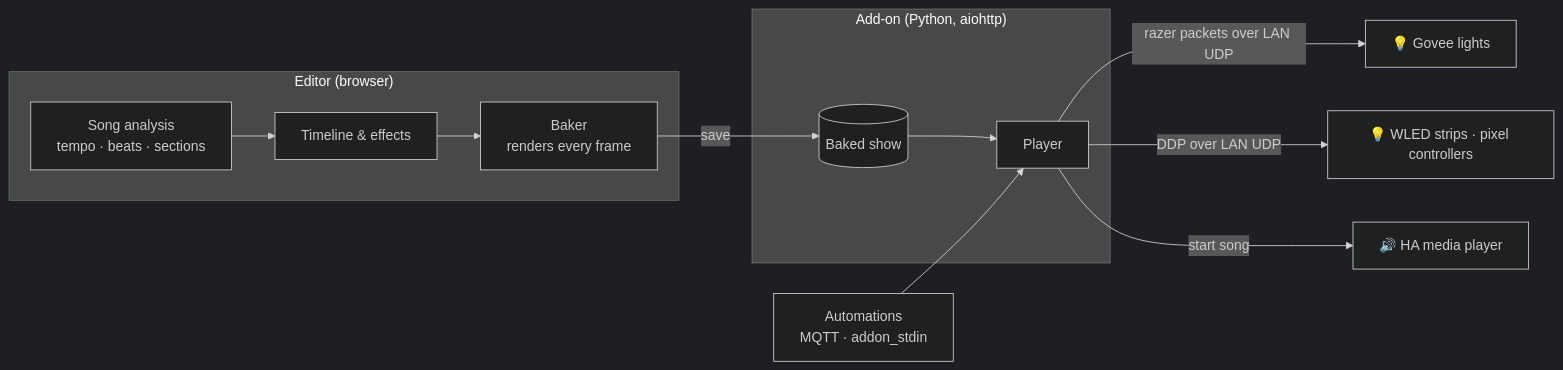
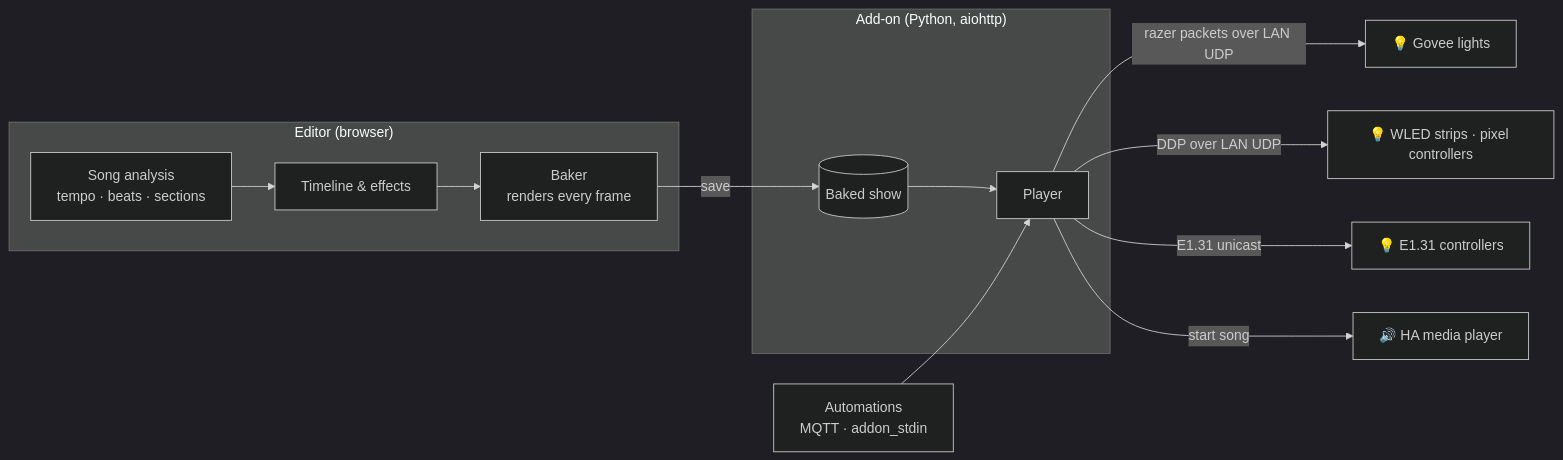
The diagram in README.md (gavin-vbmedia/govee-ha-show), drawn with Mermaid (dark theme) before and after one commit. The commit also changed other lines of this file and 15 other files, not shown here.

````diff
--- a/README.md
+++ b/README.md
@@ -149,15 +149,16 @@
 ```mermaid
 flowchart LR
     subgraph Browser["Editor (browser)"]
         A[Song analysis<br/>tempo · beats · sections] --> B[Timeline &amp; effects]
         B --> C[Baker<br/>renders every frame]
     end
     subgraph Addon["Add-on (Python, aiohttp)"]
         D[(Baked show)] --> E[Player]
     end
     C -- save --> D
     E -- "razer packets over LAN UDP" --> F[💡 Govee lights]
     E -- "DDP over LAN UDP" --> W[💡 WLED strips · pixel controllers]
+    E -- "E1.31 unicast" --> X[💡 E1.31 controllers]
     E -- "start song" --> G[🔊 HA media player]
     H[Automations<br/>MQTT · addon_stdin] --> E
 ```
````
